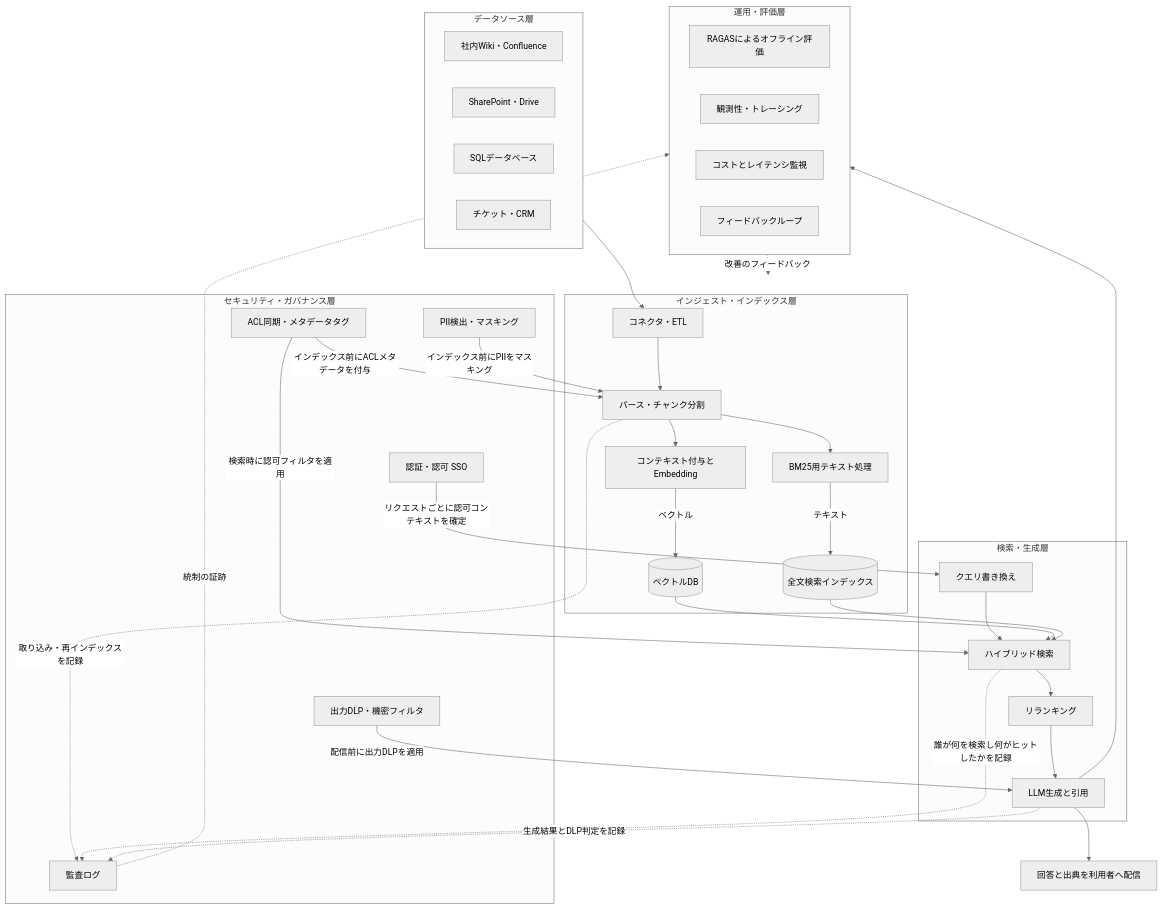
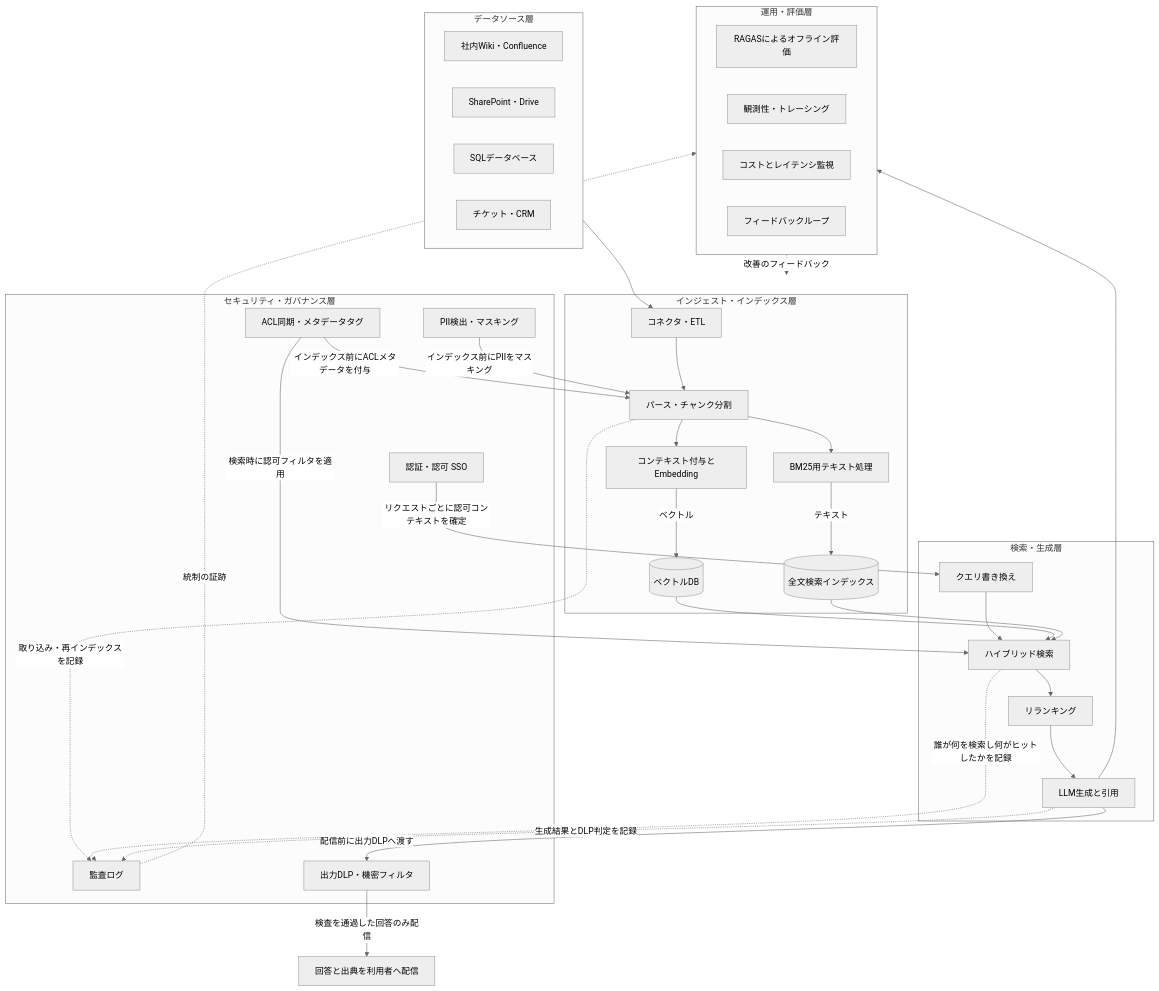
The sixth of 6 diagrams in Enterprise-rag-guide.md (myoshi2891/Comparison-of-LLMs), drawn with Mermaid (neutral theme) before and after one commit. The commit also changed other lines of this file and 3 other files, not shown here.

````diff
--- a/Enterprise-rag-guide.md
+++ b/Enterprise-rag-guide.md
@@ -472,66 +476,66 @@
 ```mermaid
 flowchart TB
     subgraph SRC[データソース層]
         S1[社内Wiki・Confluence]
         S2[SharePoint・Drive]
         S3[SQLデータベース]
         S4[チケット・CRM]
     end
 
     subgraph ING[インジェスト・インデックス層]
         I1[コネクタ・ETL]
         I2[パース・チャンク分割]
         I3[コンテキスト付与とEmbedding]
         I4[BM25用テキスト処理]
         I5[(ベクトルDB)]
         I6[(全文検索インデックス)]
         I1 --> I2
         I2 --> I3
         I2 --> I4
         I3 -->|ベクトル| I5
         I4 -->|テキスト| I6
     end
 
     subgraph SEC[セキュリティ・ガバナンス層]
         SE1[認証・認可 SSO]
         SE2[ACL同期・メタデータタグ]
         SE3[PII検出・マスキング]
         SE4[監査ログ]
         SE5[出力DLP・機密フィルタ]
     end
 
     subgraph RET[検索・生成層]
         R1[クエリ書き換え]
         R2[ハイブリッド検索]
         R3[リランキング]
         R4[LLM生成と引用]
         R1 --> R2
         R2 --> R3
         R3 --> R4
     end
 
     subgraph OPS[運用・評価層]
         O1[RAGASによるオフライン評価]
         O2[観測性・トレーシング]
         O3[コストとレイテンシ監視]
         O4[フィードバックループ]
     end
 
     ANS[回答と出典を利用者へ配信]
 
     SRC --> I1
     SE2 -->|インデックス前にACLメタデータを付与| I2
     SE3 -->|インデックス前にPIIをマスキング| I2
     I5 --> R2
     I6 --> R2
     SE1 -->|リクエストごとに認可コンテキストを確定| R1
     SE2 -->|検索時に認可フィルタを適用| R2
-    SE5 -->|配信前に出力DLPを適用| R4
-    R4 --> ANS
+    R4 -->|配信前に出力DLPへ渡す| SE5
+    SE5 -->|検査を通過した回答のみ配信| ANS
     I2 -.->|取り込み・再インデックスを記録| SE4
     R2 -.->|誰が何を検索し何がヒットしたかを記録| SE4
     R4 -.->|生成結果とDLP判定を記録| SE4
     R4 --> OPS
     SE4 -.->|統制の証跡| OPS
     OPS -.->|改善のフィードバック| ING
 ```
````
